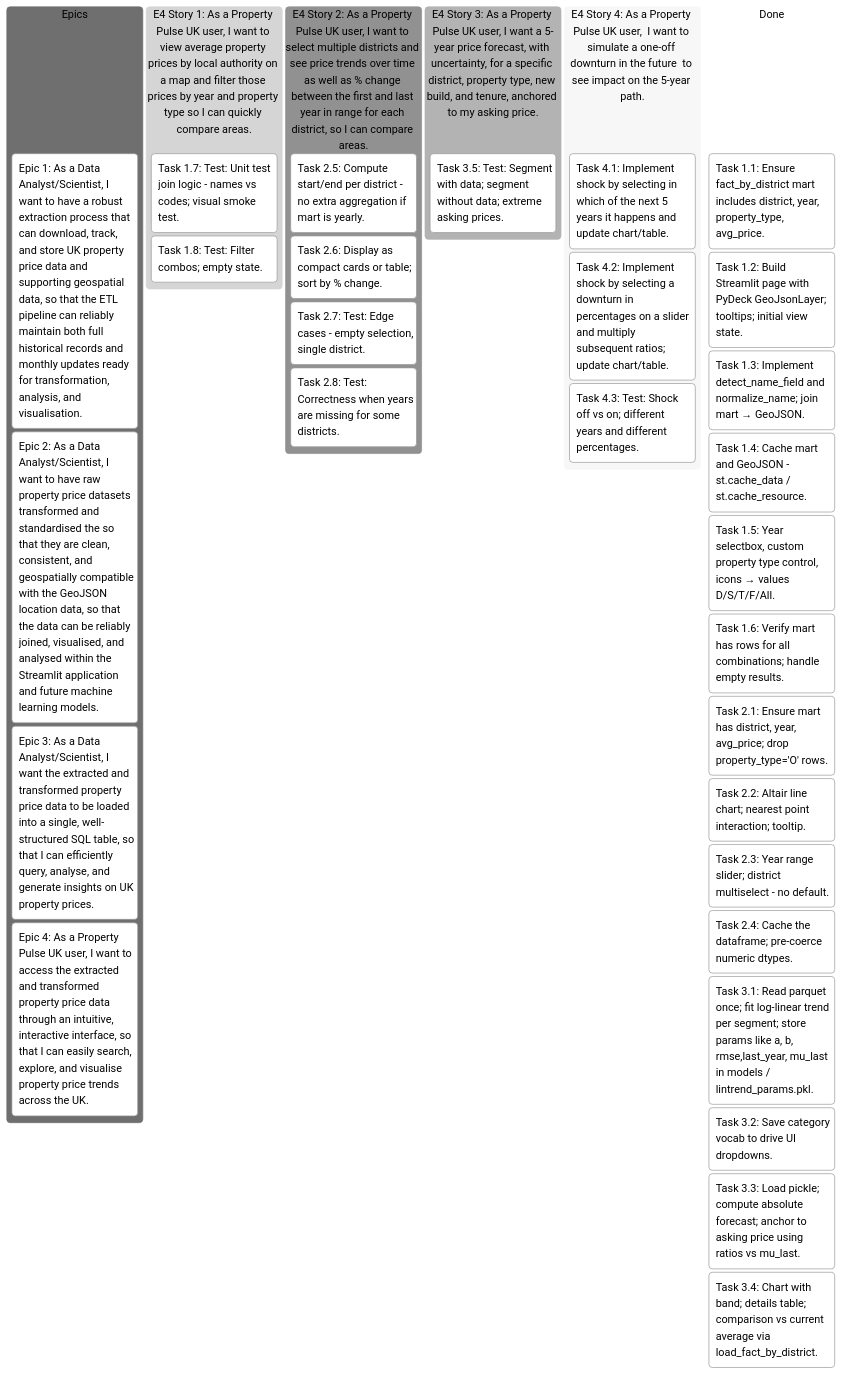
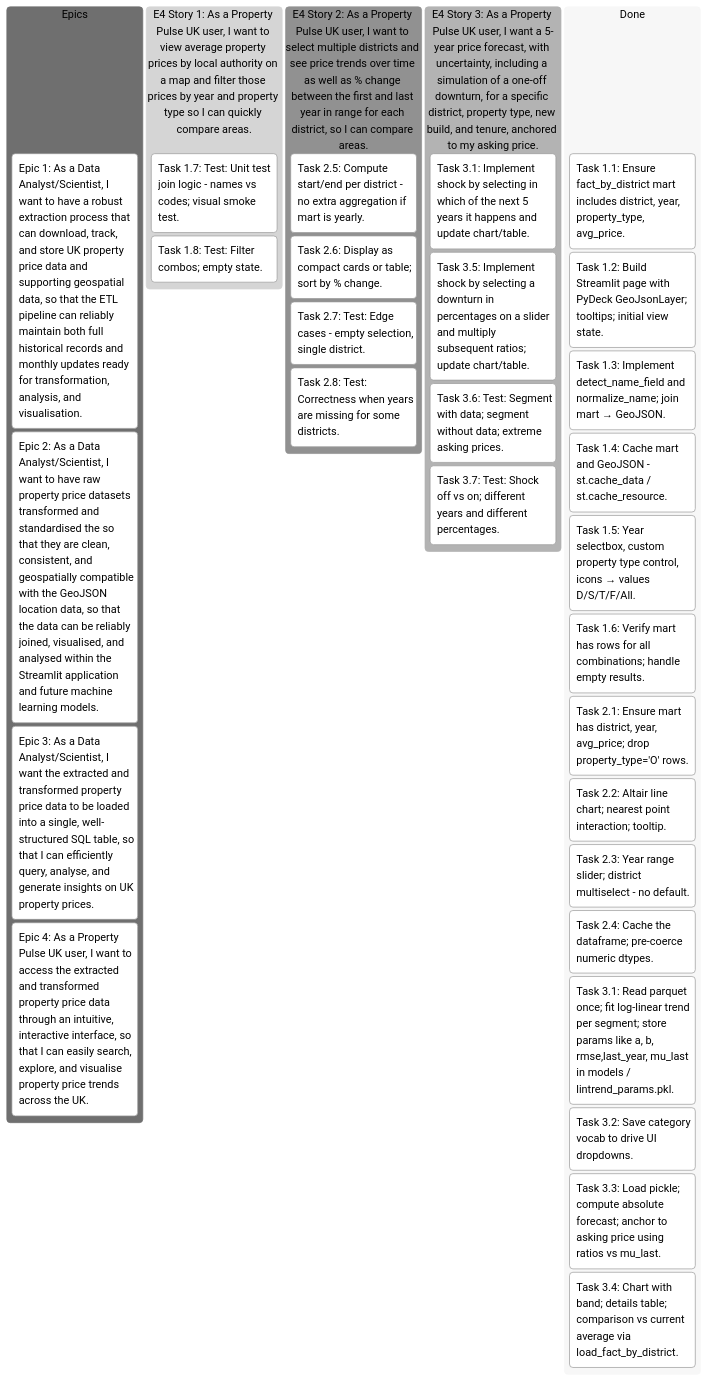
One commit to pavlekovic/property-pulse-uk changed the fourth of 4 diagrams in README.md. Above: the diagram before and after it, drawn with Mermaid (neutral theme).

Commit message:
README update

````diff
--- a/README.md
+++ b/README.md
@@ -332,46 +332,44 @@
 ```mermaid
 kanban
     Epics
         (Epic 1: As a Data Analyst/Scientist, I want to have a robust extraction process that can download, track, and store UK property price data and supporting geospatial data, so that the ETL pipeline can reliably maintain both full historical records and monthly updates ready for transformation, analysis, and visualisation.)
 
         (Epic 2: As a Data Analyst/Scientist, I want to have raw property price datasets transformed and standardised the so that they are clean, consistent, and geospatially compatible with the GeoJSON location data, so that the data can be reliably joined, visualised, and analysed within the Streamlit application and future machine learning models.)
 
         (Epic 3: As a Data Analyst/Scientist, I want the extracted and transformed property price data to be loaded into a single, well-structured SQL table, so that I can efficiently query, analyse, and generate insights on UK property prices.)
 
         (Epic 4: As a Property Pulse UK user, I want to access the extracted and transformed property price data through an intuitive, interactive interface, so that I can easily search, explore, and visualise property price trends across the UK.)
 
     (E4 Story 1: As a Property Pulse UK user, I want to view average property prices by local authority on a map and filter those prices by year and property type so I can quickly compare areas.)
         Task 1.7: Test: Unit test join logic - names vs codes; visual smoke test.
         Task 1.8: Test: Filter combos; empty state.
 
     (E4 Story 2: As a Property Pulse UK user, I want to select multiple districts and see price trends over time as well as % change between the first and last year in range for each district, so I can compare areas.)
         Task 2.5: Compute start/end per district - no extra aggregation if mart is yearly.
         Task 2.6: Display as compact cards or table; sort by % change.
         Task 2.7: Test: Edge cases - empty selection, single district.
         Task 2.8: Test: Correctness when years are missing for some districts.
     
-    (E4 Story 3: As a Property Pulse UK user, I want a 5-year price forecast, with uncertainty, for a specific district, property type, new build, and tenure, anchored to my asking price.)
-        Task 3.5: Test: Segment with data; segment without data; extreme asking prices.
-
-    (E4 Story 4: As a Property Pulse UK user,  I want to simulate a one-off downturn in the future  to see impact on the 5-year path.)
-        Task 4.1: Implement shock by selecting in which of the next 5 years it happens and update chart/table.
-        Task 4.2: Implement shock by selecting a downturn in percentages on a slider and multiply subsequent ratios; update chart/table.
-        Task 4.3: Test: Shock off vs on; different years and different percentages.
+    (E4 Story 3: As a Property Pulse UK user, I want a 5-year price forecast, with uncertainty, including a simulation of a one-off downturn, for a specific district, property type, new build, and tenure, anchored to my asking price.)
+        Task 3.1: Implement shock by selecting in which of the next 5 years it happens and update chart/table.
+        Task 3.5: Implement shock by selecting a downturn in percentages on a slider and multiply subsequent ratios; update chart/table.
+        Task 3.6: Test: Segment with data; segment without data; extreme asking prices.
+        Task 3.7: Test: Shock off vs on; different years and different percentages.
     
     Done
         Task 1.1: Ensure fact_by_district mart includes district, year, property_type, avg_price.
         Task 1.2: Build Streamlit page with PyDeck GeoJsonLayer; tooltips; initial view state.
         Task 1.3: Implement detect_name_field and normalize_name; join mart → GeoJSON.
         Task 1.4: Cache mart and GeoJSON - st.cache_data / st.cache_resource.
         Task 1.5: Year selectbox, custom property type control, icons → values D/S/T/F/All.
         Task 1.6: Verify mart has rows for all combinations; handle empty results.
         Task 2.1: Ensure mart has district, year, avg_price; drop property_type='O' rows.
         Task 2.2: Altair line chart; nearest point interaction; tooltip.
         Task 2.3: Year range slider; district multiselect - no default.
         Task 2.4: Cache the dataframe; pre-coerce numeric dtypes.
         Task 3.1: Read parquet once; fit log-linear trend per segment; store params like a, b, rmse,last_year, mu_last in models / lintrend_params.pkl.
         Task 3.2: Save category vocab to drive UI dropdowns.
         Task 3.3: Load pickle; compute absolute forecast; anchor to asking price using ratios vs mu_last.
         Task 3.4: Chart with band; details table; comparison vs current average via load_fact_by_district.
         
 ```
````
